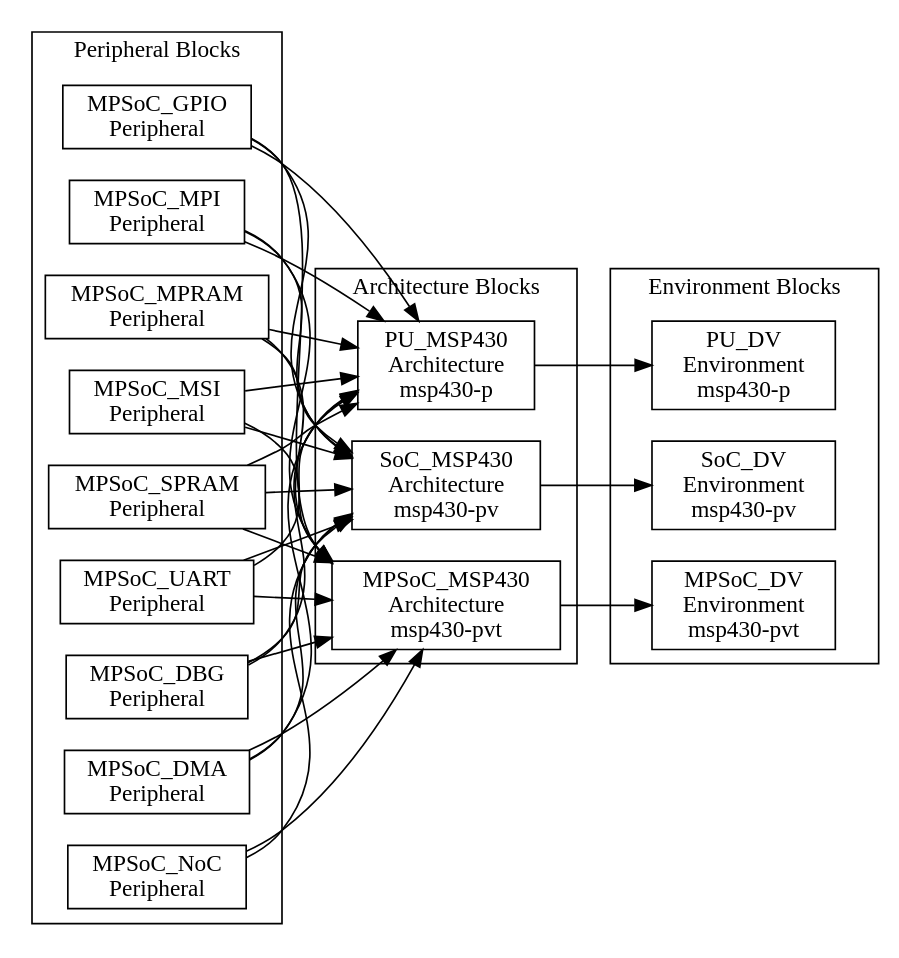
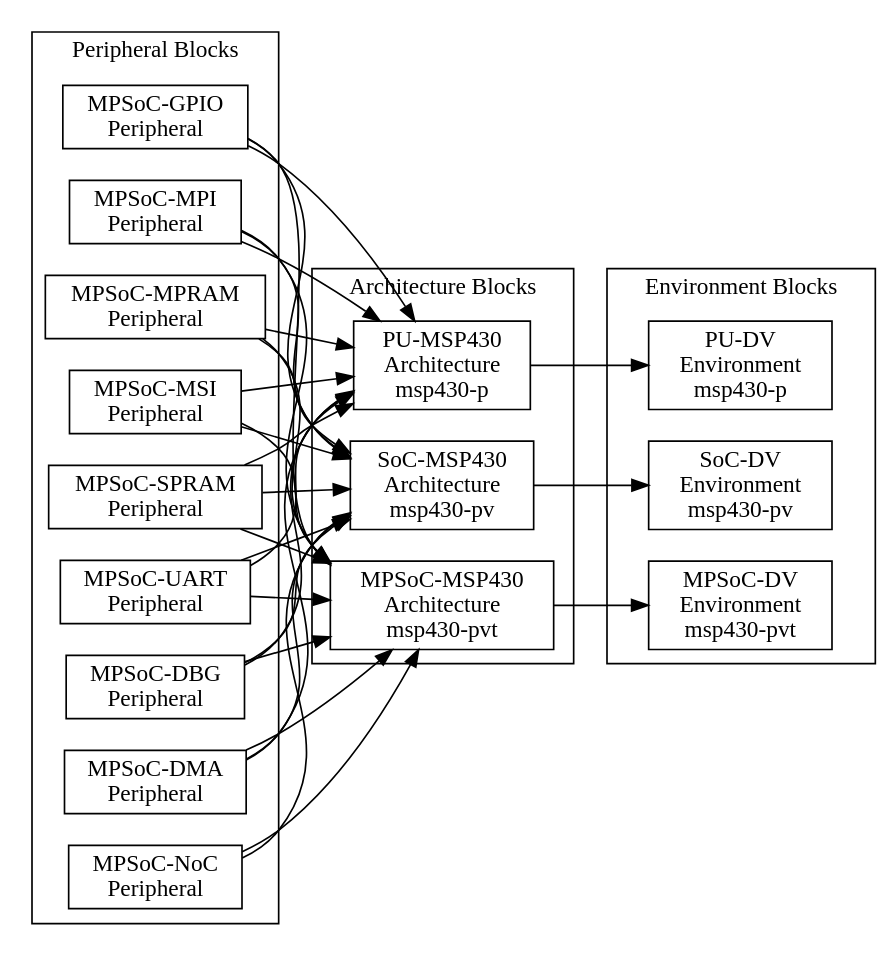
Before and after one commit to PacoReinaCampo/MPSoC-MSP430: the diagram in doc/isa/assets/dependences-global.dot, drawn with Graphviz. The commit also changed 95 other files, not shown here.

Commit message:
Working in MPSoC-MSP430 🔨

```diff
--- a/doc/isa/assets/dependences-global.dot
+++ b/doc/isa/assets/dependences-global.dot
@@ -1,69 +1,69 @@
 digraph Project {
   // Introduction
   graph [rankdir = LR];
   node[shape=record];
 
   // Peripheral Blocks
   subgraph "cluster PeripheralBlocks" { label = "Peripheral Blocks";
-    MPSoC_DBG[label="MPSoC_DBG\nPeripheral"];
-    MPSoC_DMA[label="MPSoC_DMA\nPeripheral"];
-    MPSoC_GPIO[label="MPSoC_GPIO\nPeripheral"];
-    MPSoC_MPI[label="MPSoC_MPI\nPeripheral"];
-    MPSoC_MPRAM[label="MPSoC_MPRAM\nPeripheral"];
-    MPSoC_MSI[label="MPSoC_MSI\nPeripheral"];
-    MPSoC_NoC[label="MPSoC_NoC\nPeripheral"];
-    MPSoC_SPRAM[label="MPSoC_SPRAM\nPeripheral"];
-    MPSoC_UART[label="MPSoC_UART\nPeripheral"];
+    MPSoC_DBG[label="MPSoC-DBG\nPeripheral"];
+    MPSoC_DMA[label="MPSoC-DMA\nPeripheral"];
+    MPSoC_GPIO[label="MPSoC-GPIO\nPeripheral"];
+    MPSoC_MPI[label="MPSoC-MPI\nPeripheral"];
+    MPSoC_MPRAM[label="MPSoC-MPRAM\nPeripheral"];
+    MPSoC_MSI[label="MPSoC-MSI\nPeripheral"];
+    MPSoC_NoC[label="MPSoC-NoC\nPeripheral"];
+    MPSoC_SPRAM[label="MPSoC-SPRAM\nPeripheral"];
+    MPSoC_UART[label="MPSoC-UART\nPeripheral"];
   }
 
   // Architecture Blocks
   subgraph "cluster ArchitectureBlocks" { label = "Architecture Blocks";
-    MPSoC_MSP430[label="MPSoC_MSP430\nArchitecture\nmsp430-pvt"];
-    SoC_MSP430[label="SoC_MSP430\nArchitecture\nmsp430-pv"];
-    PU_MSP430[label="PU_MSP430\nArchitecture\nmsp430-p"];
+    MPSoC_MSP430[label="MPSoC-MSP430\nArchitecture\nmsp430-pvt"];
+    SoC_MSP430[label="SoC-MSP430\nArchitecture\nmsp430-pv"];
+    PU_MSP430[label="PU-MSP430\nArchitecture\nmsp430-p"];
   }
 
   // Environment Blocks
   subgraph "cluster EnvironmentBlocks" { label = "Environment Blocks";
-    MPSoC_DV[label="MPSoC_DV\nEnvironment\nmsp430-pvt"];
-    SoC_DV[label="SoC_DV\nEnvironment\nmsp430-pv"];
-    PU_DV[label="PU_DV\nEnvironment\nmsp430-p"];
+    MPSoC_DV[label="MPSoC-DV\nEnvironment\nmsp430-pvt"];
+    SoC_DV[label="SoC-DV\nEnvironment\nmsp430-pv"];
+    PU_DV[label="PU-DV\nEnvironment\nmsp430-p"];
   }
 
   // Peripheral -> Architecture
   MPSoC_DBG -> MPSoC_MSP430;
   MPSoC_DMA -> MPSoC_MSP430;
   MPSoC_GPIO -> MPSoC_MSP430;
   MPSoC_MPI -> MPSoC_MSP430;
   MPSoC_MPRAM -> MPSoC_MSP430;
   MPSoC_MSI -> MPSoC_MSP430;
   MPSoC_NoC -> MPSoC_MSP430;
   MPSoC_SPRAM -> MPSoC_MSP430;
   MPSoC_UART -> MPSoC_MSP430;
 
   MPSoC_DBG -> SoC_MSP430;
   MPSoC_DMA -> SoC_MSP430;
   MPSoC_GPIO -> SoC_MSP430;
   MPSoC_MPI -> SoC_MSP430;
   MPSoC_MPRAM -> SoC_MSP430;
   MPSoC_MSI -> SoC_MSP430;
   MPSoC_NoC -> SoC_MSP430;
   MPSoC_SPRAM -> SoC_MSP430;
   MPSoC_UART -> SoC_MSP430;
 
   MPSoC_DBG -> PU_MSP430;
   MPSoC_DMA -> PU_MSP430;
   MPSoC_GPIO -> PU_MSP430;
   MPSoC_MPI -> PU_MSP430;
   MPSoC_MPRAM -> PU_MSP430;
   MPSoC_MSI -> PU_MSP430;
   MPSoC_SPRAM -> PU_MSP430;
   MPSoC_UART -> PU_MSP430;
 
   // Architecture -> Environment
   PU_MSP430 -> PU_DV;
 
   SoC_MSP430 -> SoC_DV;
 
   MPSoC_MSP430 -> MPSoC_DV;
 }
```
